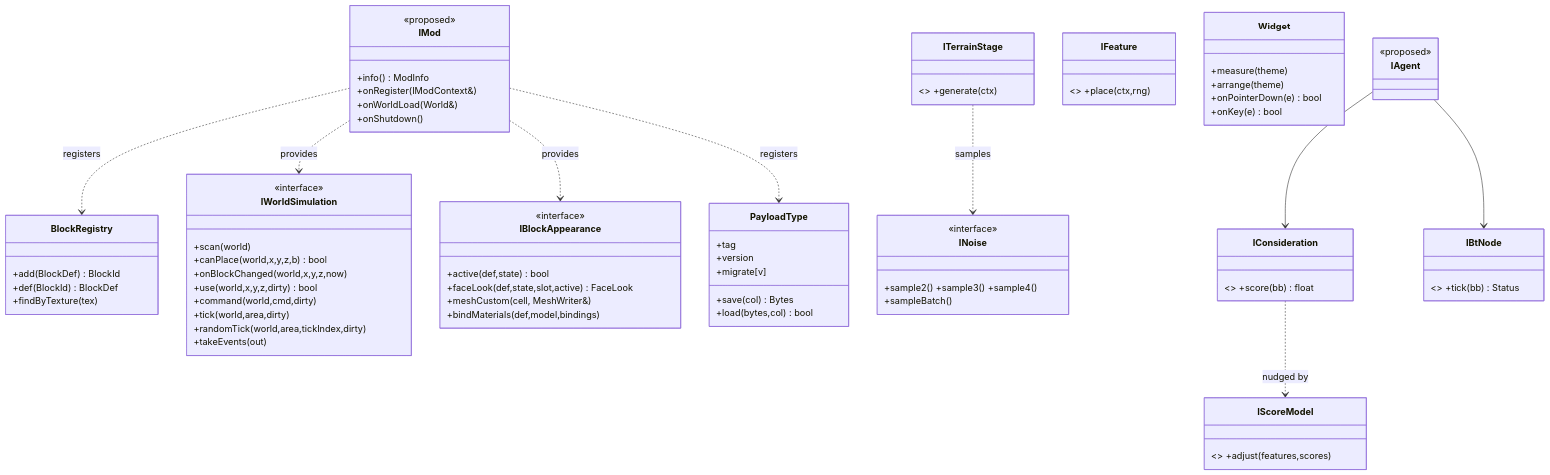
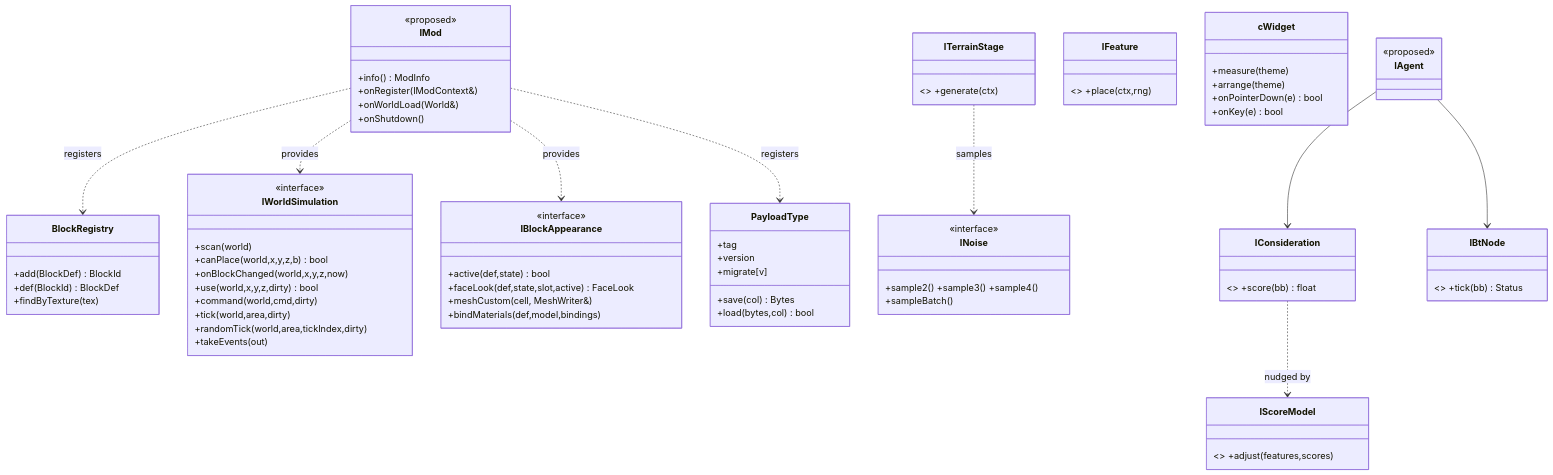
The third of 3 diagrams in docs/SDK.md (wetwaferworks/LithoKraft), drawn with Mermaid before and after one commit. The commit also changed other lines of this file and 98 other files, not shown here.

````diff
--- a/docs/SDK.md
+++ b/docs/SDK.md
@@ -234,65 +234,65 @@
 ```mermaid
 classDiagram
   class IMod {
     <<proposed>>
     +info() ModInfo
     +onRegister(IModContext&)
     +onWorldLoad(World&)
     +onShutdown()
   }
   class BlockRegistry {
     +add(BlockDef) BlockId
     +def(BlockId) BlockDef
     +findByTexture(tex)
   }
   class IWorldSimulation {
     <<interface>>
     +scan(world)
     +canPlace(world,x,y,z,b) bool
     +onBlockChanged(world,x,y,z,now)
     +use(world,x,y,z,dirty) bool
     +command(world,cmd,dirty)
     +tick(world,area,dirty)
     +randomTick(world,area,tickIndex,dirty)
     +takeEvents(out)
   }
   class IBlockAppearance {
     <<interface>>
     +active(def,state) bool
     +faceLook(def,state,slot,active) FaceLook
     +meshCustom(cell, MeshWriter&)
     +bindMaterials(def,model,bindings)
   }
   class INoise {
     <<interface>>
     +sample2() +sample3() +sample4()
     +sampleBatch()
   }
   class ITerrainStage { <<interface>> +generate(ctx) }
   class IFeature { <<interface>> +place(ctx,rng) }
   class PayloadType {
     +tag
     +version
     +save(col) Bytes
     +load(bytes,col) bool
     +migrate[v]
   }
-  class Widget {
+  class cWidget {
     +measure(theme)
     +arrange(theme)
     +onPointerDown(e) bool
     +onKey(e) bool
   }
   class IAgent { <<proposed>> }
   class IConsideration { <<proposed>> +score(bb) float }
   class IBtNode { <<proposed>> +tick(bb) Status }
   class IScoreModel { <<proposed>> +adjust(features,scores) }
   IMod ..> BlockRegistry : registers
   IMod ..> IWorldSimulation : provides
   IMod ..> IBlockAppearance : provides
   IMod ..> PayloadType : registers
   ITerrainStage ..> INoise : samples
   IAgent --> IConsideration
   IAgent --> IBtNode
   IConsideration ..> IScoreModel : nudged by
 ```
````
